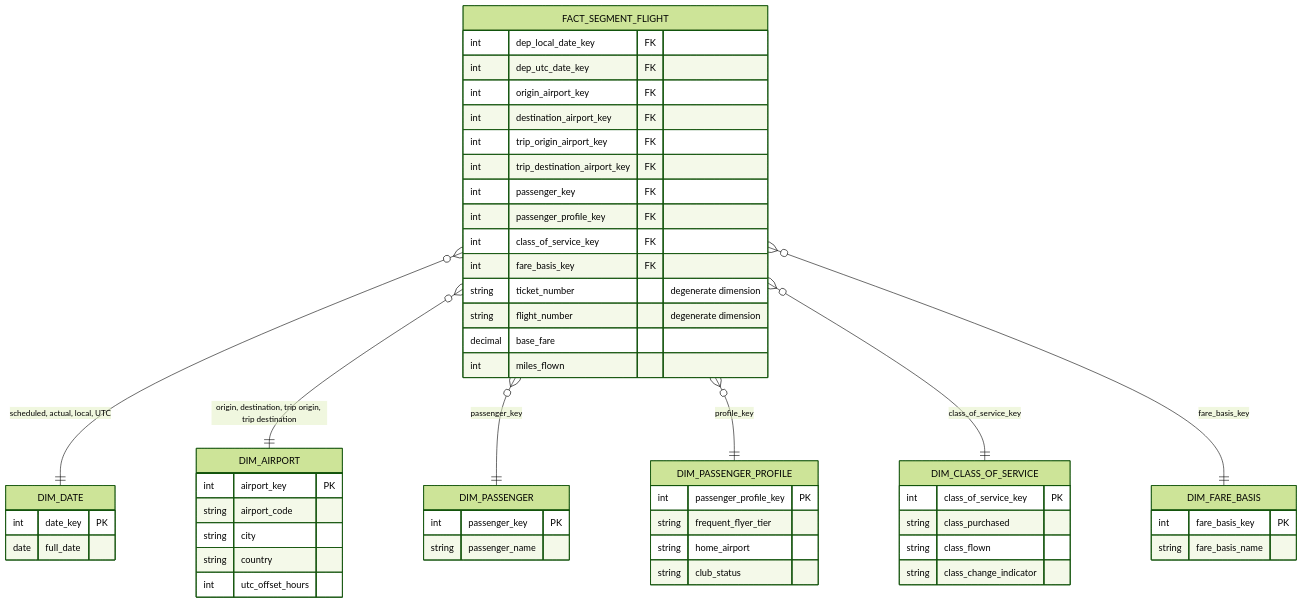
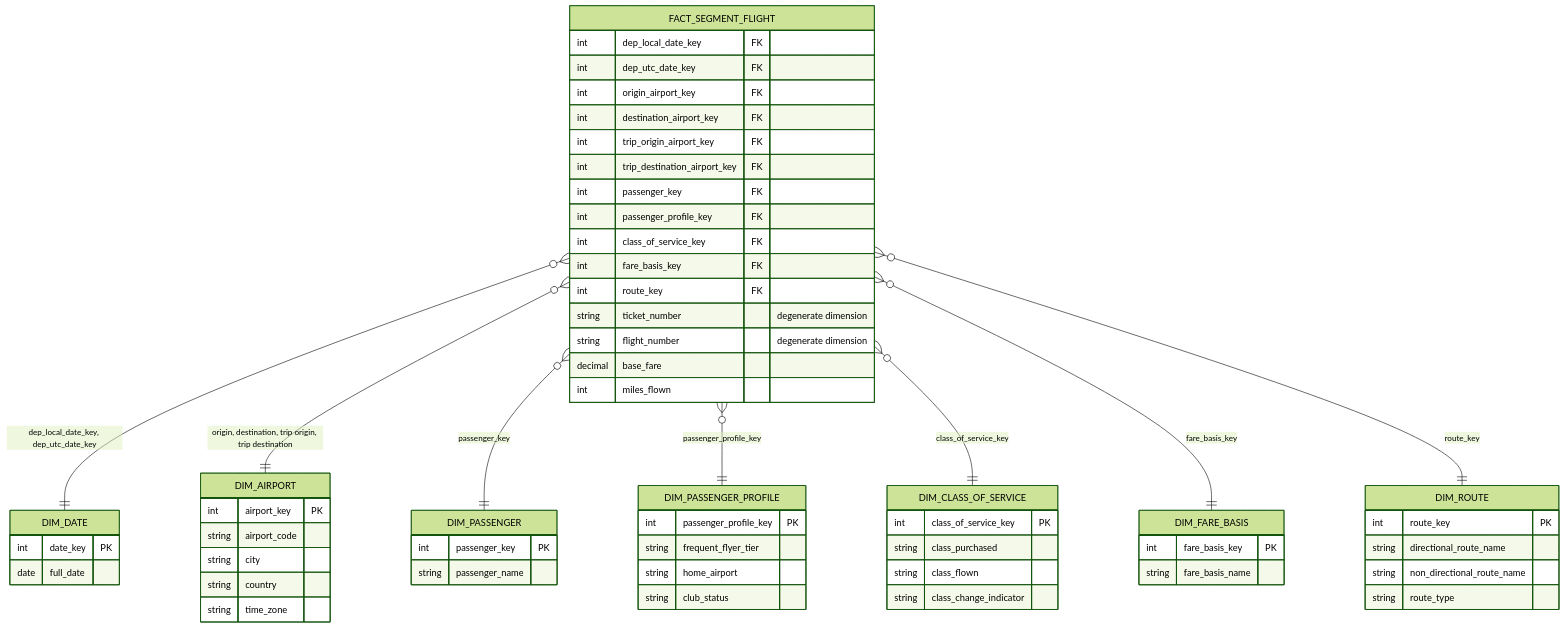
The diagram in scripts/kimball-diagrams/src/ch12-flight-segment-star.mmd (surfalytics/dataengineer_ru), drawn with Mermaid (forest theme) before and after one commit. The commit also changed 61 other files, not shown here.

```diff
--- a/scripts/kimball-diagrams/src/ch12-flight-segment-star.mmd
+++ b/scripts/kimball-diagrams/src/ch12-flight-segment-star.mmd
@@ -1,54 +1,62 @@
 erDiagram
-  FACT_SEGMENT_FLIGHT }o--|| DIM_DATE : "scheduled, actual, local, UTC"
+  FACT_SEGMENT_FLIGHT }o--|| DIM_DATE : "dep_local_date_key, dep_utc_date_key"
   FACT_SEGMENT_FLIGHT }o--|| DIM_AIRPORT : "origin, destination, trip origin, trip destination"
   FACT_SEGMENT_FLIGHT }o--|| DIM_PASSENGER : "passenger_key"
-  FACT_SEGMENT_FLIGHT }o--|| DIM_PASSENGER_PROFILE : "profile_key"
+  FACT_SEGMENT_FLIGHT }o--|| DIM_PASSENGER_PROFILE : "passenger_profile_key"
   FACT_SEGMENT_FLIGHT }o--|| DIM_CLASS_OF_SERVICE : "class_of_service_key"
   FACT_SEGMENT_FLIGHT }o--|| DIM_FARE_BASIS : "fare_basis_key"
+  FACT_SEGMENT_FLIGHT }o--|| DIM_ROUTE : "route_key"
   FACT_SEGMENT_FLIGHT {
     int dep_local_date_key FK
     int dep_utc_date_key FK
     int origin_airport_key FK
     int destination_airport_key FK
     int trip_origin_airport_key FK
     int trip_destination_airport_key FK
     int passenger_key FK
     int passenger_profile_key FK
     int class_of_service_key FK
     int fare_basis_key FK
+    int route_key FK
     string ticket_number "degenerate dimension"
     string flight_number "degenerate dimension"
     decimal base_fare
     int miles_flown
   }
   DIM_AIRPORT {
     int airport_key PK
     string airport_code
     string city
     string country
-    int utc_offset_hours
+    string time_zone
   }
   DIM_CLASS_OF_SERVICE {
     int class_of_service_key PK
     string class_purchased
     string class_flown
     string class_change_indicator
   }
   DIM_PASSENGER_PROFILE {
     int passenger_profile_key PK
     string frequent_flyer_tier
     string home_airport
     string club_status
   }
   DIM_PASSENGER {
     int passenger_key PK
     string passenger_name
   }
   DIM_FARE_BASIS {
     int fare_basis_key PK
     string fare_basis_name
   }
+  DIM_ROUTE {
+    int route_key PK
+    string directional_route_name
+    string non_directional_route_name
+    string route_type
+  }
   DIM_DATE {
     int date_key PK
     date full_date
   }
```
